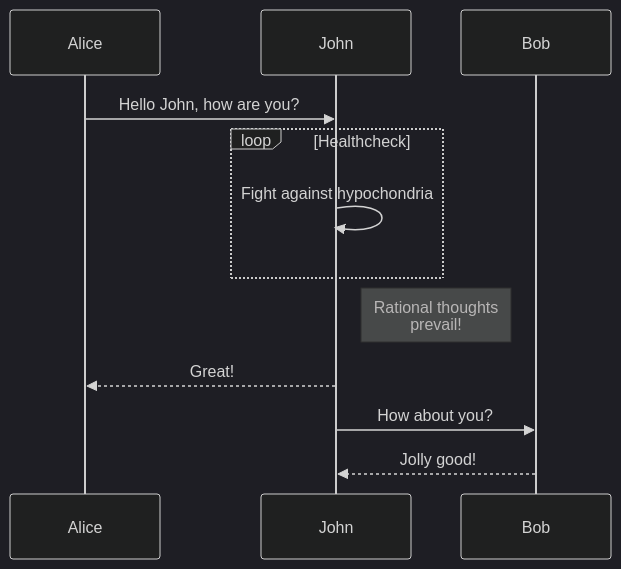
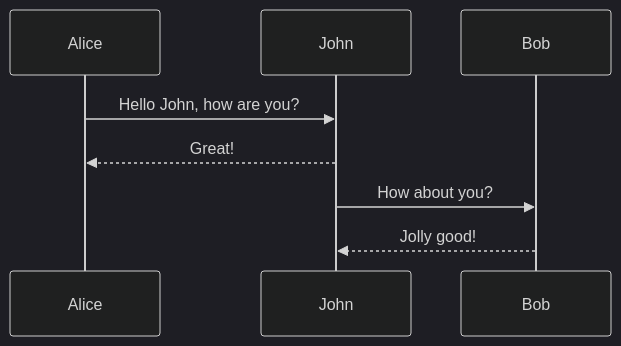
One commit to miaozhuojun/miaozhuojun.github.io changed the third of 3 diagrams in _posts/2021-03-26-Hotspot-intrinsice.md. Above: the diagram before and after it, drawn with Mermaid (dark theme).

```diff
--- a/_posts/2021-03-26-Hotspot-intrinsice.md
+++ b/_posts/2021-03-26-Hotspot-intrinsice.md
@@ -445,11 +445,7 @@
 <div class="mermaid">
 sequenceDiagram
     Alice->>John: Hello John, how are you?
-    loop Healthcheck
-        John->>John: Fight against hypochondria
-    end
-    Note right of John: Rational thoughts <br/>prevail!
     John-->>Alice: Great!
     John->>Bob: How about you?
     Bob-->>John: Jolly good!
 </div>
```
